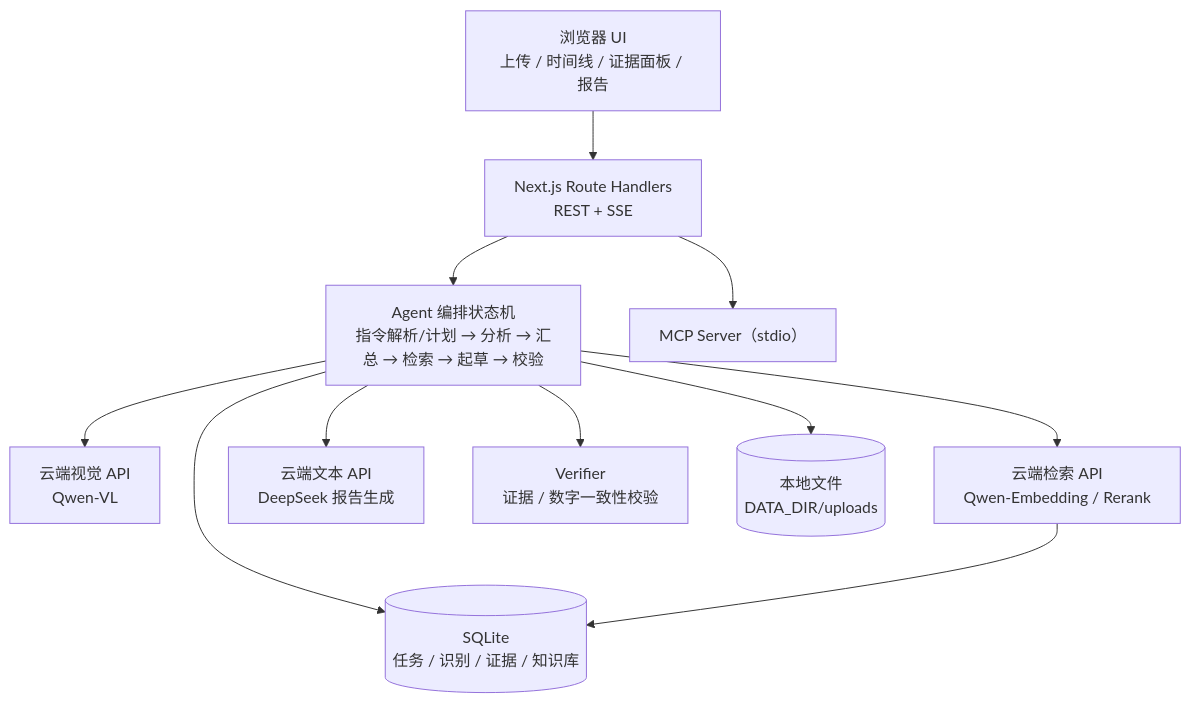
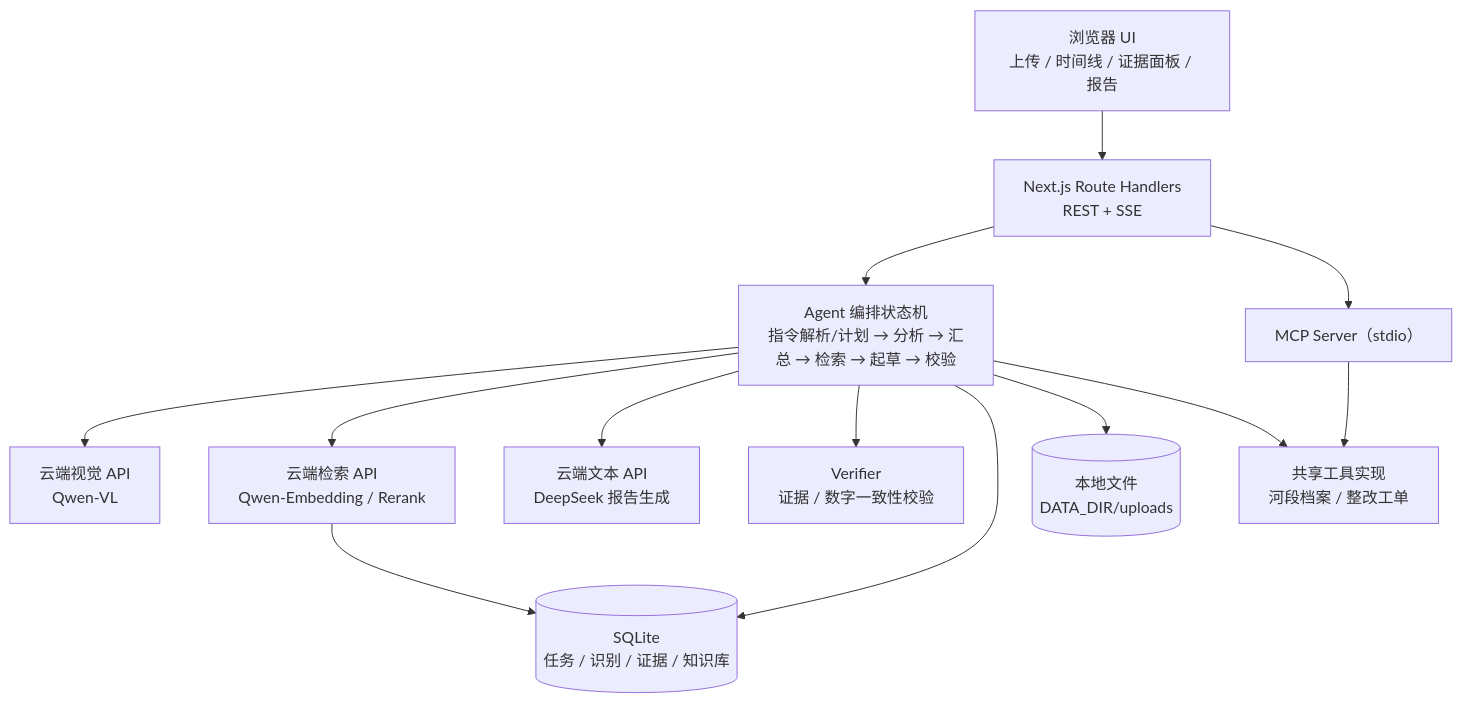
Before and after one commit to 2953208955-del/qingchuan-project: the diagram in README.md, drawn with Mermaid. The commit also changed other lines of this file and 54 other files, not shown here.

````diff
--- a/README.md
+++ b/README.md
@@ -20,13 +20,15 @@
 ```mermaid
 flowchart TB
   UI["浏览器 UI<br/>上传 / 时间线 / 证据面板 / 报告"] --> API["Next.js Route Handlers<br/>REST + SSE"]
   API --> ORCH["Agent 编排状态机<br/>指令解析/计划 → 分析 → 汇总 → 检索 → 起草 → 校验"]
   ORCH --> VISION["云端视觉 API<br/>Qwen-VL"]
   ORCH --> RAG["云端检索 API<br/>Qwen-Embedding / Rerank"]
   ORCH --> REP["云端文本 API<br/>DeepSeek 报告生成"]
   ORCH --> VER["Verifier<br/>证据 / 数字一致性校验"]
   ORCH --> DB[("SQLite<br/>任务 / 识别 / 证据 / 知识库")]
   ORCH --> FS[("本地文件<br/>DATA_DIR/uploads")]
+  ORCH --> TOOLS["共享工具实现<br/>河段档案 / 整改工单"]
   RAG --> DB
   API --> MCP["MCP Server（stdio）"]
+  MCP --> TOOLS
 ```
````
